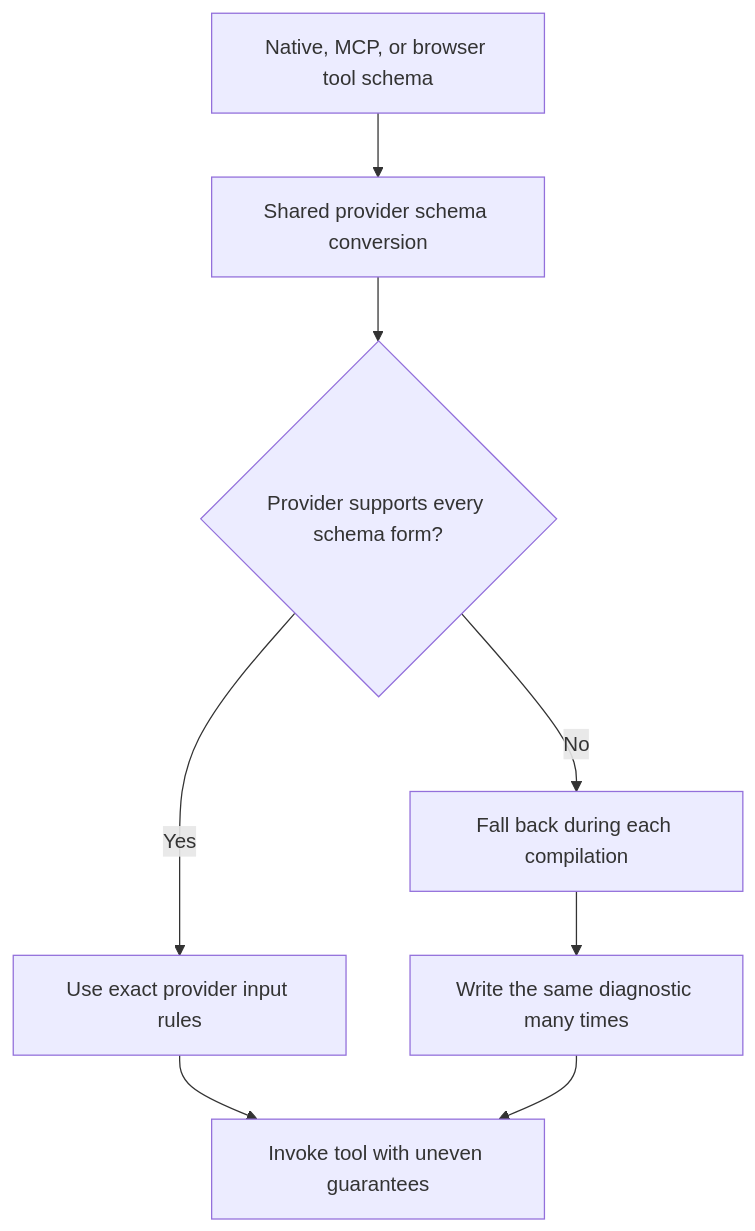
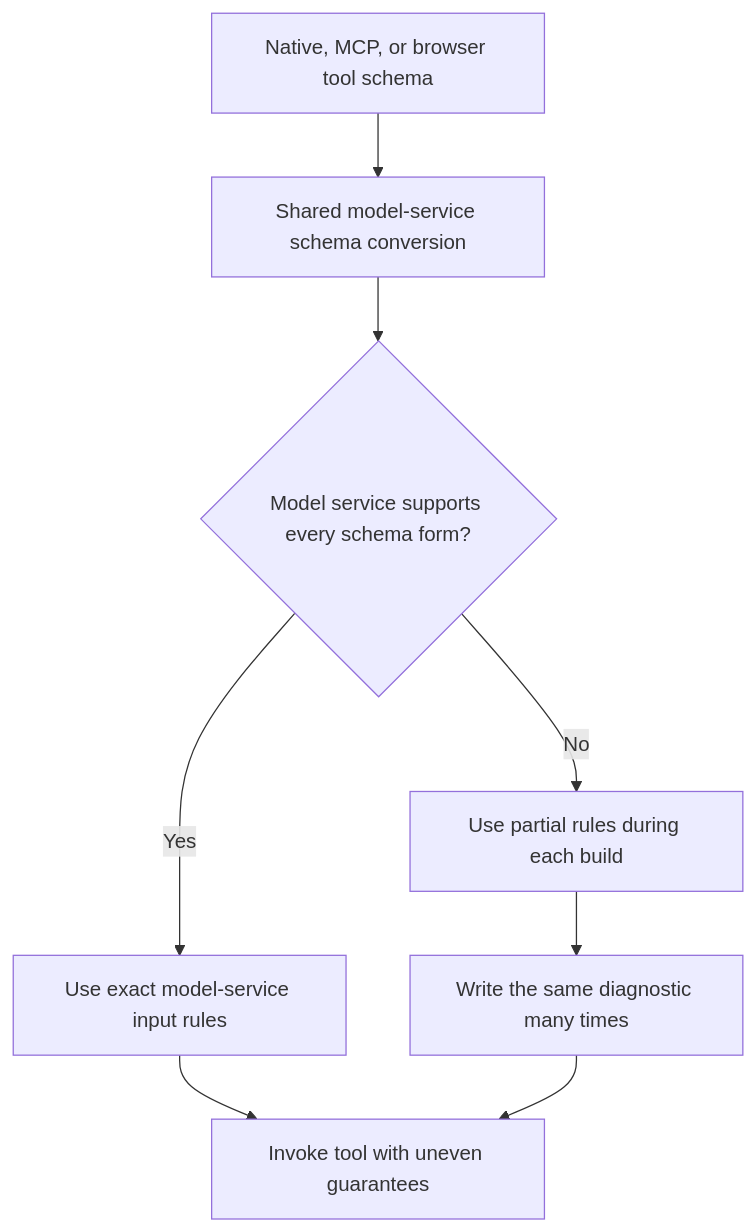
Diagram 23 of 29 in docs/superpowers/plans/2026-08-08-noema-practical-reliability-roadmap.md (kpsuperplane/Noema), drawn with Mermaid before and after one commit. The commit also changed other lines of this file, not shown here.

Commit message:
docs: apply plain terms across roadmap

````diff
--- a/docs/superpowers/plans/2026-08-08-noema-practical-reliability-roadmap.md
+++ b/docs/superpowers/plans/2026-08-08-noema-practical-reliability-roadmap.md
@@ -1346,14 +1354,14 @@
 ```mermaid
 flowchart TD
     A["Native, MCP, or browser tool schema"]
-    B["Shared provider schema conversion"]
-    C{"Provider supports every schema form?"}
-    D["Use exact provider input rules"]
-    E["Fall back during each compilation"]
+    B["Shared model-service schema conversion"]
+    C{"Model service supports every schema form?"}
+    D["Use exact model-service input rules"]
+    E["Use partial rules during each build"]
     F["Write the same diagnostic many times"]
     G["Invoke tool with uneven guarantees"]
 
     A --> B --> C
     C -->|Yes| D --> G
     C -->|No| E --> F --> G
 ```
````
